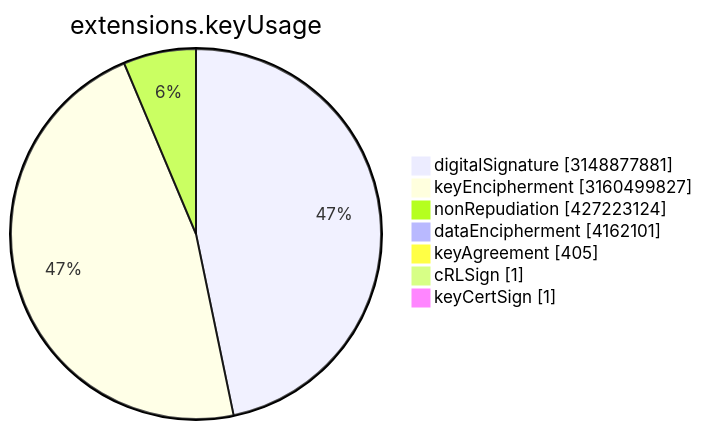
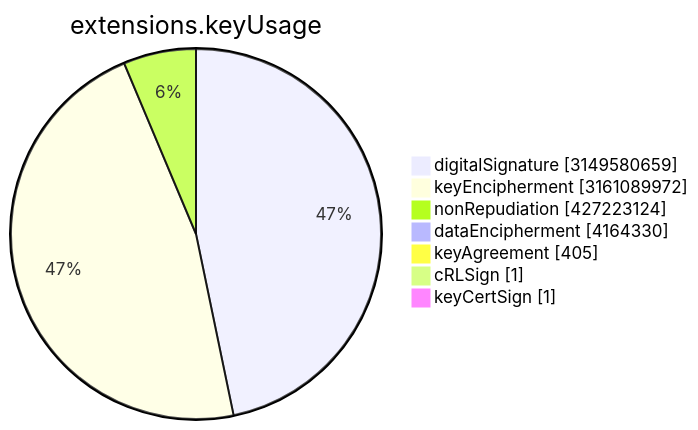
The sixth of 15 diagrams in TOTAL/README.md (christiankrug/ctmonitor_visualization), drawn with Mermaid before and after one commit. The commit also changed other lines of this file, not shown here.

````diff
--- a/TOTAL/README.md
+++ b/TOTAL/README.md
@@ -3077,11 +3077,11 @@
 ```mermaid
 pie showData
 title extensions.keyUsage
-"digitalSignature" :3148877881
-"keyEncipherment" :3160499827
+"digitalSignature" :3149580659
+"keyEncipherment" :3161089972
 "nonRepudiation" :427223124
-"dataEncipherment" :4162101
+"dataEncipherment" :4164330
 "keyAgreement" :405
 "cRLSign" :1
 "keyCertSign" :1
 ```
````
